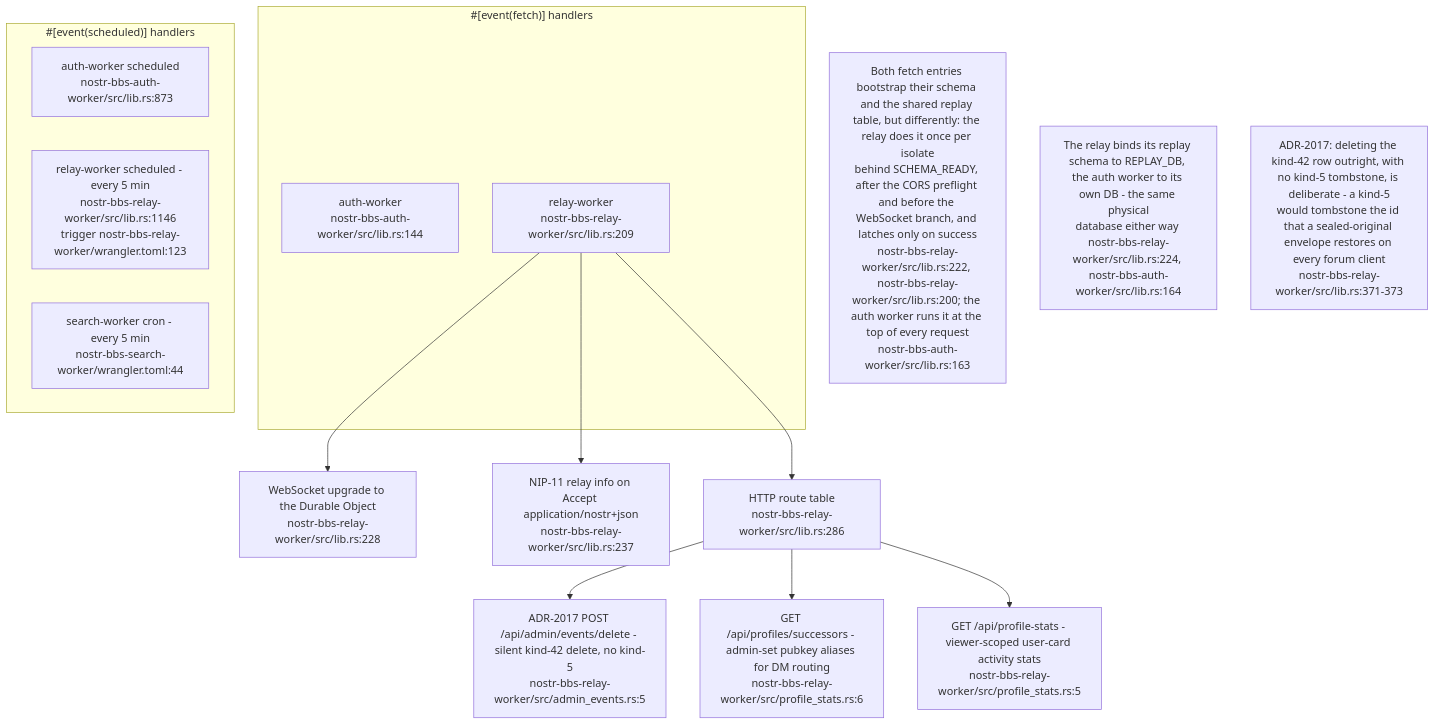
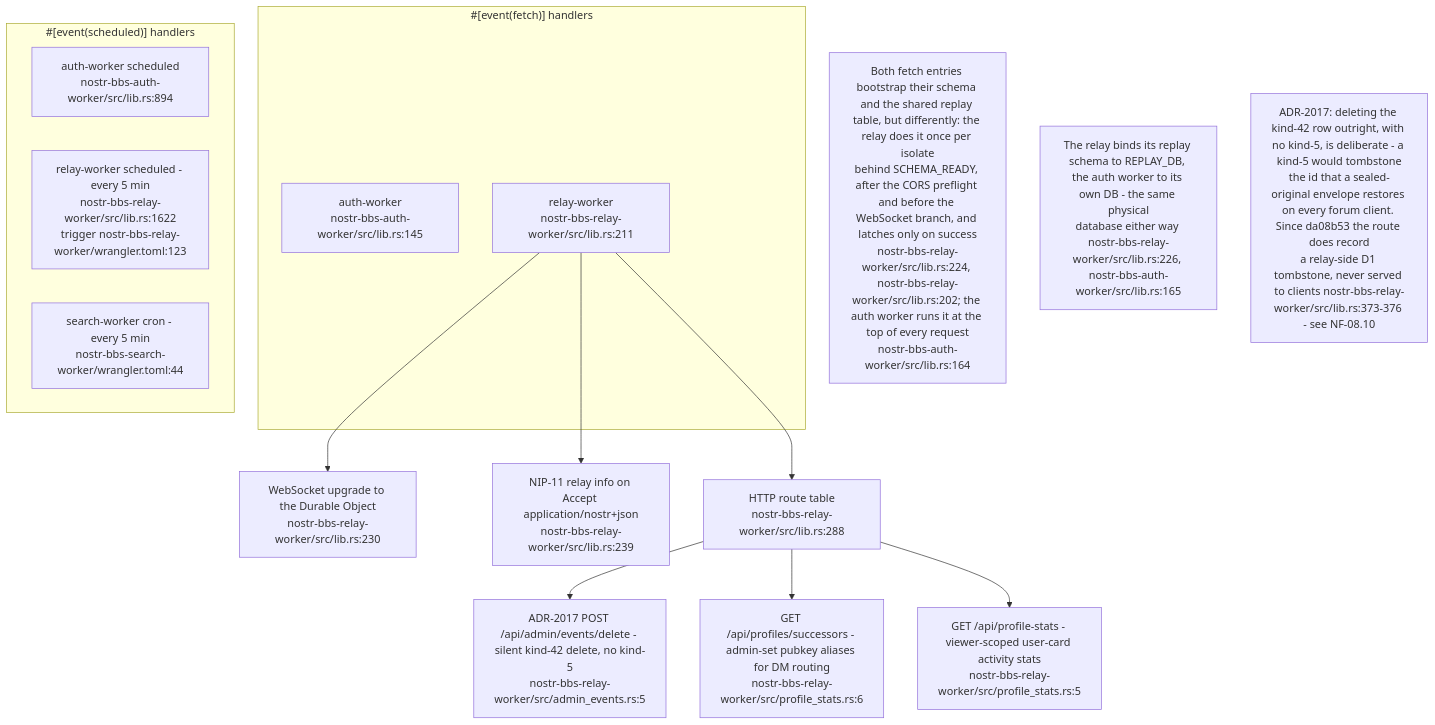
One commit to DreamLab-AI/VisionFlow changed the third of 6 diagrams in docs/diagrams/nostr-rust-forum/01-workspace-and-worker-topology.md. Above: the diagram before and after it, drawn with Mermaid. The commit also changed other lines of this file, not shown here.

First line of the commit message:
docs(diagrams): NF-01 re-verified at nostr-rust-forum af4f0d5

````diff
--- a/docs/diagrams/nostr-rust-forum/01-workspace-and-worker-topology.md
+++ b/docs/diagrams/nostr-rust-forum/01-workspace-and-worker-topology.md
@@ -139,29 +141,29 @@
 ```mermaid
 flowchart TB
     subgraph fetchentry["#[event(fetch)] handlers"]
-        A["auth-worker<br/>nostr-bbs-auth-worker/src/lib.rs:144"]
-        R["relay-worker<br/>nostr-bbs-relay-worker/src/lib.rs:209"]
+        A["auth-worker<br/>nostr-bbs-auth-worker/src/lib.rs:145"]
+        R["relay-worker<br/>nostr-bbs-relay-worker/src/lib.rs:211"]
     end
     subgraph cronentry["#[event(scheduled)] handlers"]
-        AC["auth-worker scheduled<br/>nostr-bbs-auth-worker/src/lib.rs:873"]
-        RC["relay-worker scheduled - every 5 min<br/>nostr-bbs-relay-worker/src/lib.rs:1146<br/>trigger nostr-bbs-relay-worker/wrangler.toml:123"]
+        AC["auth-worker scheduled<br/>nostr-bbs-auth-worker/src/lib.rs:894"]
+        RC["relay-worker scheduled - every 5 min<br/>nostr-bbs-relay-worker/src/lib.rs:1622<br/>trigger nostr-bbs-relay-worker/wrangler.toml:123"]
         SC["search-worker cron - every 5 min<br/>nostr-bbs-search-worker/wrangler.toml:44"]
     end
-    WSUP["WebSocket upgrade to the Durable Object<br/>nostr-bbs-relay-worker/src/lib.rs:228"]
-    NIP11["NIP-11 relay info on Accept application/nostr+json<br/>nostr-bbs-relay-worker/src/lib.rs:237"]
-    HTTPR["HTTP route table<br/>nostr-bbs-relay-worker/src/lib.rs:286"]
+    WSUP["WebSocket upgrade to the Durable Object<br/>nostr-bbs-relay-worker/src/lib.rs:230"]
+    NIP11["NIP-11 relay info on Accept application/nostr+json<br/>nostr-bbs-relay-worker/src/lib.rs:239"]
+    HTTPR["HTTP route table<br/>nostr-bbs-relay-worker/src/lib.rs:288"]
     ADMDEL["ADR-2017 POST /api/admin/events/delete - silent kind-42 delete, no kind-5<br/>nostr-bbs-relay-worker/src/admin_events.rs:5"]
     SUCC["GET /api/profiles/successors - admin-set pubkey aliases for DM routing<br/>nostr-bbs-relay-worker/src/profile_stats.rs:6"]
     PSTATS["GET /api/profile-stats - viewer-scoped user-card activity stats<br/>nostr-bbs-relay-worker/src/profile_stats.rs:5"]
 
     R --> WSUP
     R --> NIP11
     R --> HTTPR
     HTTPR --> ADMDEL
     HTTPR --> SUCC
     HTTPR --> PSTATS
 
-    N1["Both fetch entries bootstrap their schema and the shared replay table, but differently: the relay does it once per isolate<br/>behind SCHEMA_READY, after the CORS preflight and before the WebSocket branch, and latches only on success<br/>nostr-bbs-relay-worker/src/lib.rs:222, nostr-bbs-relay-worker/src/lib.rs:200; the auth worker runs it at the top of every request<br/>nostr-bbs-auth-worker/src/lib.rs:163"]
-    N2["The relay binds its replay schema to REPLAY_DB, the auth worker to its own DB - the same physical<br/>database either way nostr-bbs-relay-worker/src/lib.rs:224, nostr-bbs-auth-worker/src/lib.rs:164"]
-    N3["ADR-2017: deleting the kind-42 row outright, with no kind-5 tombstone, is deliberate - a kind-5<br/>would tombstone the id that a sealed-original envelope restores on every forum client<br/>nostr-bbs-relay-worker/src/lib.rs:371-373"]
+    N1["Both fetch entries bootstrap their schema and the shared replay table, but differently: the relay does it once per isolate<br/>behind SCHEMA_READY, after the CORS preflight and before the WebSocket branch, and latches only on success<br/>nostr-bbs-relay-worker/src/lib.rs:224, nostr-bbs-relay-worker/src/lib.rs:202; the auth worker runs it at the top of every request<br/>nostr-bbs-auth-worker/src/lib.rs:164"]
+    N2["The relay binds its replay schema to REPLAY_DB, the auth worker to its own DB - the same physical<br/>database either way nostr-bbs-relay-worker/src/lib.rs:226, nostr-bbs-auth-worker/src/lib.rs:165"]
+    N3["ADR-2017: deleting the kind-42 row outright, with no kind-5, is deliberate - a kind-5 would tombstone<br/>the id that a sealed-original envelope restores on every forum client. Since da08b53 the route does record<br/>a relay-side D1 tombstone, never served to clients nostr-bbs-relay-worker/src/lib.rs:373-376 - see NF-08.10"]
 ```
````
